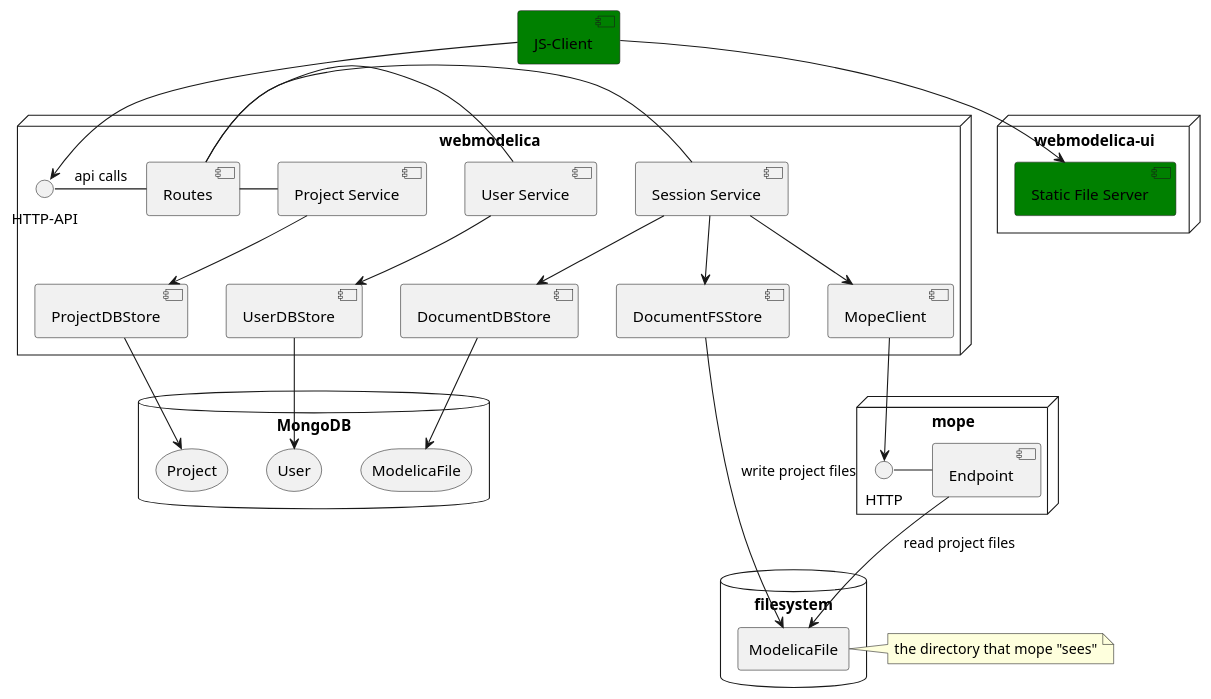
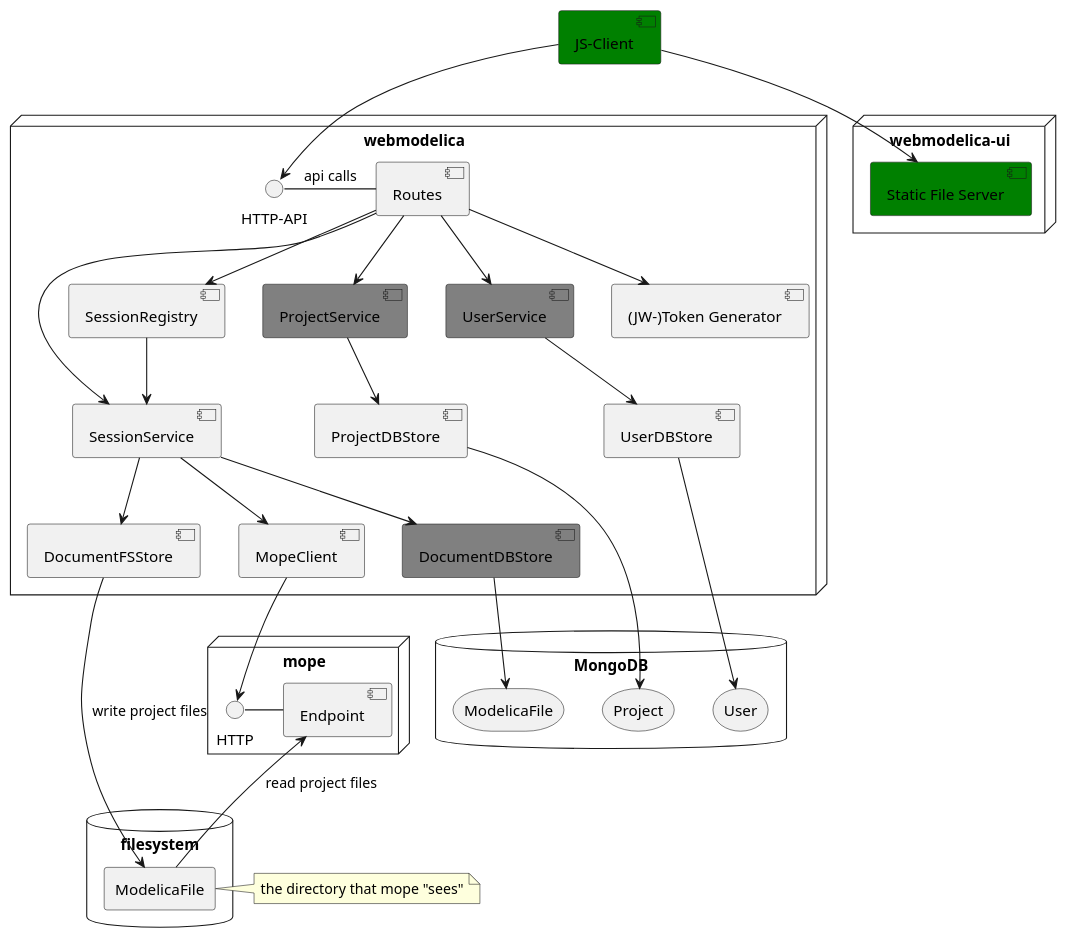
Before and after one commit to THM-MoTE/webmodelica: the diagram in doc/components.puml, drawn with PlantUML. The commit also changed 1 other file, not shown here.

Commit message:
update component diagram #16

```diff
--- a/doc/components.puml
+++ b/doc/components.puml
@@ -1,51 +1,57 @@
 @startuml
 
 [JS-Client] #Green
 
 node "webmodelica-ui" {
   [Static File Server] #Green
   [JS-Client] --> [Static File Server]
 }
 
 node "webmodelica" {
   () "HTTP-API" as wm_http
   [JS-Client] --> wm_http
+  [ProjectService] #Grey
+  [UserService] #Grey
+  [DocumentDBStore] #Grey
   wm_http - [Routes] : "api calls"
 
-  [Routes] - [Session Service]
-  [Routes] - [Project Service]
-  [Routes] - [User Service]
+  [Routes] --> [SessionService]
+  [Routes] --> [SessionRegistry]
+  [Routes] --> [ProjectService]
+  [Routes] --> [UserService]
+  [Routes] --> [(JW-)Token Generator]
 
-  [Project Service] --> [ProjectDBStore]
-  [User Service] --> [UserDBStore]
+  [ProjectService] --> [ProjectDBStore]
+  [UserService] --> [UserDBStore]
 
-  [Session Service] --> [DocumentFSStore]
-  [Session Service] --> [DocumentDBStore]
-  [Session Service] --> [MopeClient]
+  [SessionRegistry] --> [SessionService]
 
+  [SessionService] --> [DocumentFSStore]
+  [SessionService] --> [DocumentDBStore]
+  [SessionService] --> [MopeClient]
 }
 
 node "mope" {
   () "HTTP" as mope_http
   [MopeClient] --> mope_http
   mope_http - [Endpoint]
 }
 
 database MongoDB {
   storage User
   storage Project
   storage ModelicaFile as doc_file
 }
 
 database "filesystem" {
   rectangle ModelicaFile as fs_file
 }
 note left of fs_file : the directory that mope "sees"
 
 [ProjectDBStore] --> Project
 [UserDBStore] --> User
 [DocumentDBStore] --> doc_file
 [DocumentFSStore] --> fs_file : write project files
 
-[Endpoint] --> fs_file : read project files
+[Endpoint] <-- fs_file : read project files
 @enduml
```
